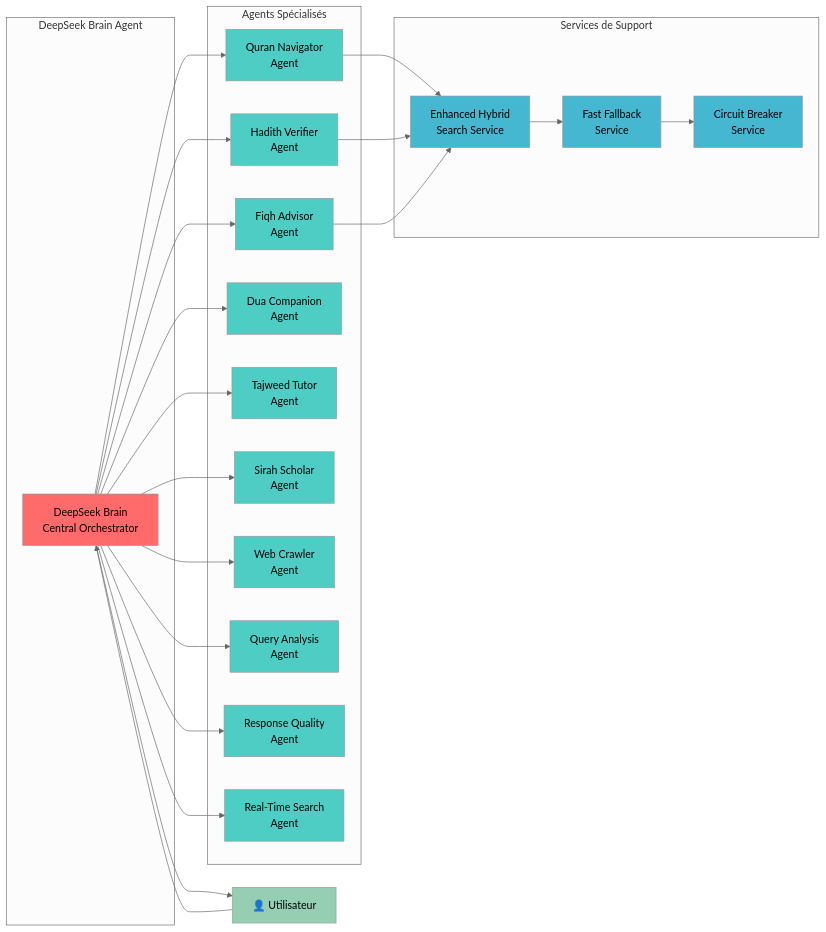
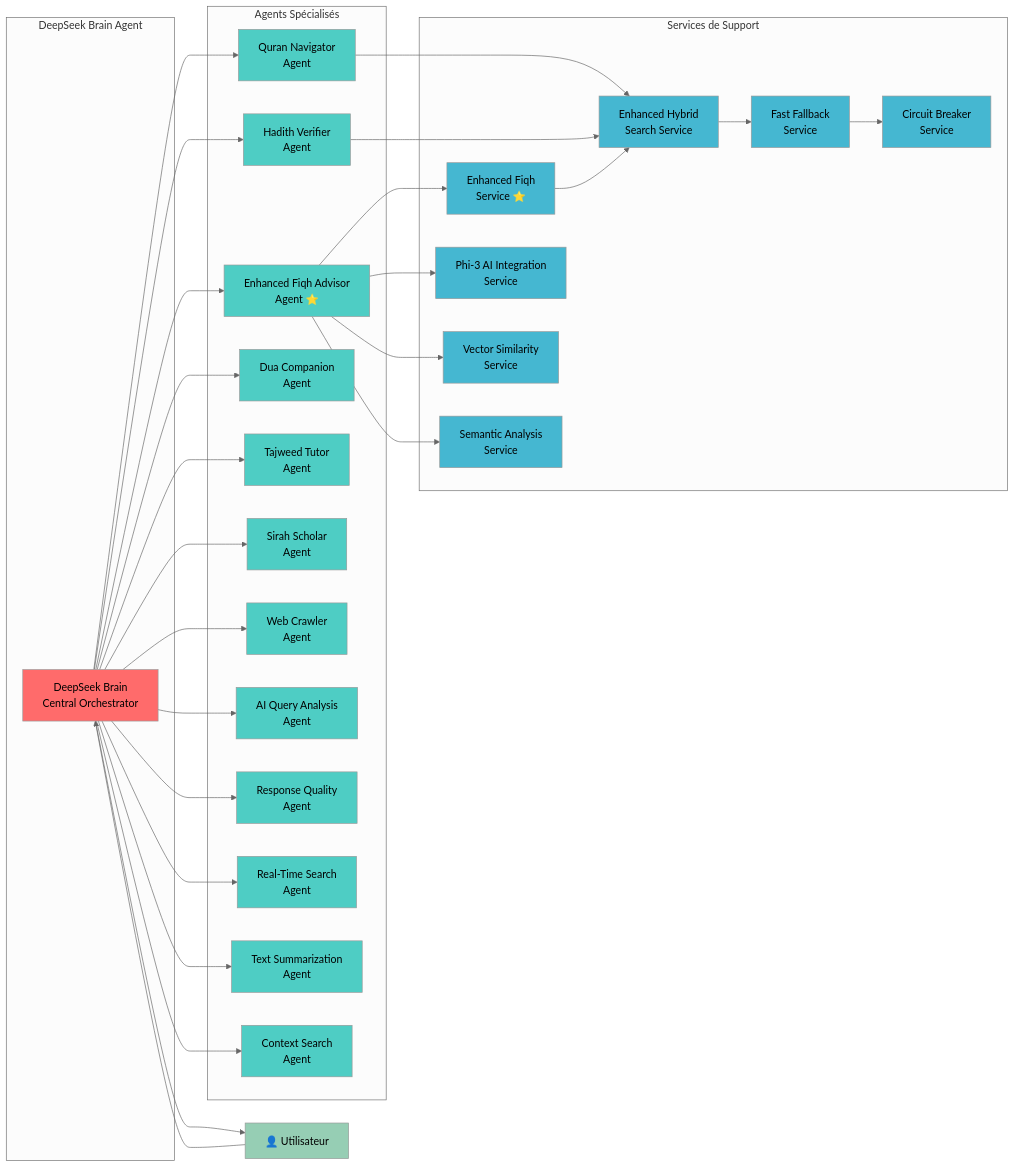
One commit to arhadnane/Muwasala-Islamic-Knowledge-Network changed the second of 19 diagrams in docs/architecture-mermaid.md. Above: the diagram before and after it, drawn with Mermaid (neutral theme). The commit also changed other lines of this file and 5 other files, not shown here.

````diff
--- a/docs/architecture-mermaid.md
+++ b/docs/architecture-mermaid.md
@@ -63,57 +63,69 @@
 ```mermaid
 graph LR
     subgraph "DeepSeek Brain Agent"
         BRAIN[DeepSeek Brain<br/>Central Orchestrator]
     end
     
     subgraph "Agents Spécialisés"
         QNA[Quran Navigator<br/>Agent]
         HVA[Hadith Verifier<br/>Agent]
-        FIA[Fiqh Advisor<br/>Agent]
+        FIA[Enhanced Fiqh Advisor<br/>Agent ⭐]
         DCA[Dua Companion<br/>Agent]
         TTA[Tajweed Tutor<br/>Agent]
         SSA[Sirah Scholar<br/>Agent]
         WCA[Web Crawler<br/>Agent]
-        QAA[Query Analysis<br/>Agent]
+        QAA[AI Query Analysis<br/>Agent]
         RQA[Response Quality<br/>Agent]
         RTS[Real-Time Search<br/>Agent]
+        TSA[Text Summarization<br/>Agent]
+        CSA[Context Search<br/>Agent]
     end
 
     subgraph "Services de Support"
         HYBRID[Enhanced Hybrid<br/>Search Service]
         FALLBACK[Fast Fallback<br/>Service]
         CIRCUIT[Circuit Breaker<br/>Service]
+        ENHANCED[Enhanced Fiqh<br/>Service ⭐]
+        PHI3[Phi-3 AI Integration<br/>Service]
+        VECTOR[Vector Similarity<br/>Service]
+        SEMANTIC[Semantic Analysis<br/>Service]
     end
 
     USER[👤 Utilisateur] --> BRAIN
     BRAIN --> QNA
     BRAIN --> HVA
     BRAIN --> FIA
     BRAIN --> DCA
     BRAIN --> TTA
     BRAIN --> SSA
     BRAIN --> WCA
     BRAIN --> QAA
     BRAIN --> RQA
     BRAIN --> RTS
+    BRAIN --> TSA
+    BRAIN --> CSA
     
     QNA --> HYBRID
     HVA --> HYBRID
-    FIA --> HYBRID
+    FIA --> ENHANCED
+    FIA --> PHI3
+    FIA --> VECTOR
+    FIA --> SEMANTIC
     
+    ENHANCED --> HYBRID
     HYBRID --> FALLBACK
     FALLBACK --> CIRCUIT
     
     BRAIN --> USER
 
     %% Styling
     classDef brain fill:#ff6b6b
     classDef agents fill:#4ecdc4
     classDef services fill:#45b7d1
     classDef user fill:#96ceb4
     
     class BRAIN brain
-    class QNA,HVA,FIA,DCA,TTA,SSA,WCA,QAA,RQA,RTS agents
-    class HYBRID,FALLBACK,CIRCUIT services
+    class QNA,HVA,FIA,DCA,TTA,SSA,WCA,QAA,RQA,RTS,TSA,CSA agents
+    class HYBRID,FALLBACK,CIRCUIT,ENHANCED,PHI3,VECTOR,SEMANTIC services
     class USER user
 ```
````
